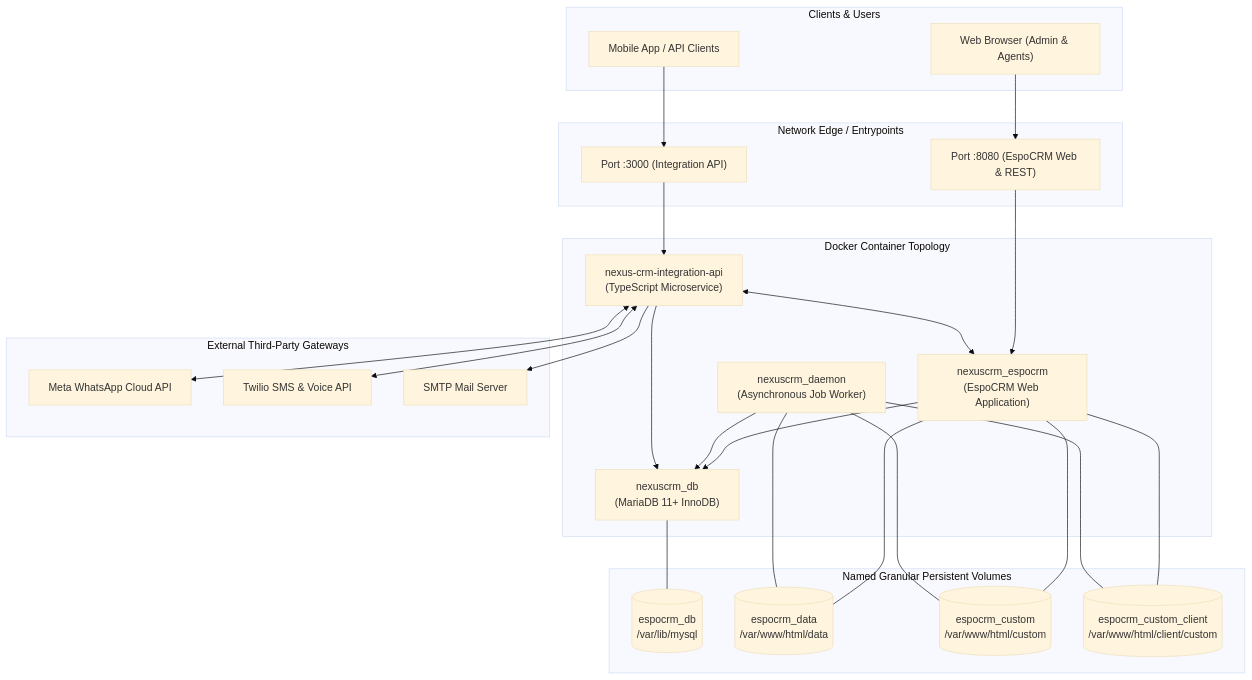
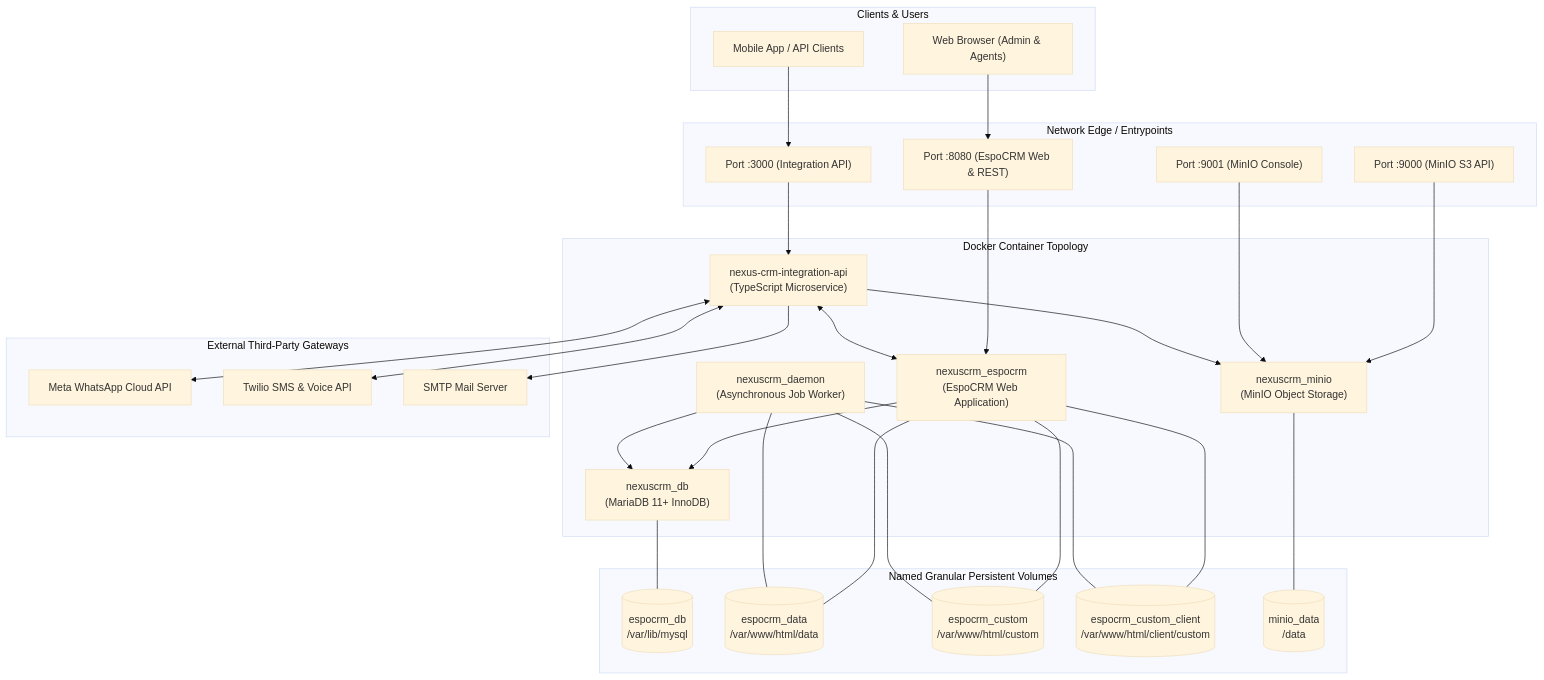
One commit to Harry1402/nexuscrm changed the first of 3 diagrams in docs/architecture.md. Above: the diagram before and after it, drawn with Mermaid (base theme). The commit also changed other lines of this file and 16 other files, not shown here.

````diff
--- a/docs/architecture.md
+++ b/docs/architecture.md
@@ -11,52 +11,60 @@
 ```mermaid
 flowchart TB
     subgraph Clients["Clients & Users"]
         WebBrowser["Web Browser (Admin & Agents)"]
         MobileClient["Mobile App / API Clients"]
     end
 
     subgraph Edge["Network Edge / Entrypoints"]
         Port8080["Port :8080 (EspoCRM Web & REST)"]
         Port3000["Port :3000 (Integration API)"]
+        Port9000["Port :9000 (MinIO S3 API)"]
+        Port9001["Port :9001 (MinIO Console)"]
     end
 
     subgraph Containers["Docker Container Topology"]
         EspoApp["nexuscrm_espocrm\n(EspoCRM Web Application)"]
         EspoDaemon["nexuscrm_daemon\n(Asynchronous Job Worker)"]
         IntegrationService["nexus-crm-integration-api\n(TypeScript Microservice)"]
         MariaDB["nexuscrm_db\n(MariaDB 11+ InnoDB)"]
+        MinIO["nexuscrm_minio\n(MinIO Object Storage)"]
     end
 
     subgraph Volumes["Named Granular Persistent Volumes"]
         VolDB[("espocrm_db\n/var/lib/mysql")]
         VolData[("espocrm_data\n/var/www/html/data")]
         VolCustom[("espocrm_custom\n/var/www/html/custom")]
         VolClient[("espocrm_custom_client\n/var/www/html/client/custom")]
+        VolMinio[("minio_data\n/data")]
     end
 
     subgraph Providers["External Third-Party Gateways"]
         WhatsApp["Meta WhatsApp Cloud API"]
         Twilio["Twilio SMS & Voice API"]
         SMTP["SMTP Mail Server"]
     end
 
     WebBrowser --> Port8080 --> EspoApp
     MobileClient --> Port3000 --> IntegrationService
 
+    Port9000 --> MinIO
+    Port9001 --> MinIO
+
     EspoApp --> MariaDB
     EspoDaemon --> MariaDB
-    IntegrationService --> MariaDB
     IntegrationService <--> EspoApp
+    IntegrationService --> MinIO
 
     MariaDB --- VolDB
     EspoApp --- VolData
     EspoApp --- VolCustom
     EspoApp --- VolClient
     EspoDaemon --- VolData
     EspoDaemon --- VolCustom
     EspoDaemon --- VolClient
+    MinIO --- VolMinio
 
     IntegrationService <--> WhatsApp
     IntegrationService <--> Twilio
     IntegrationService --> SMTP
 ```
````
